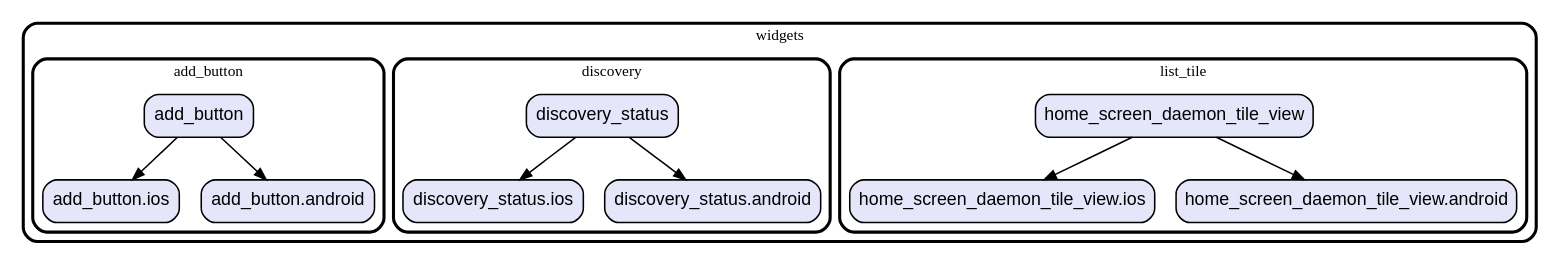
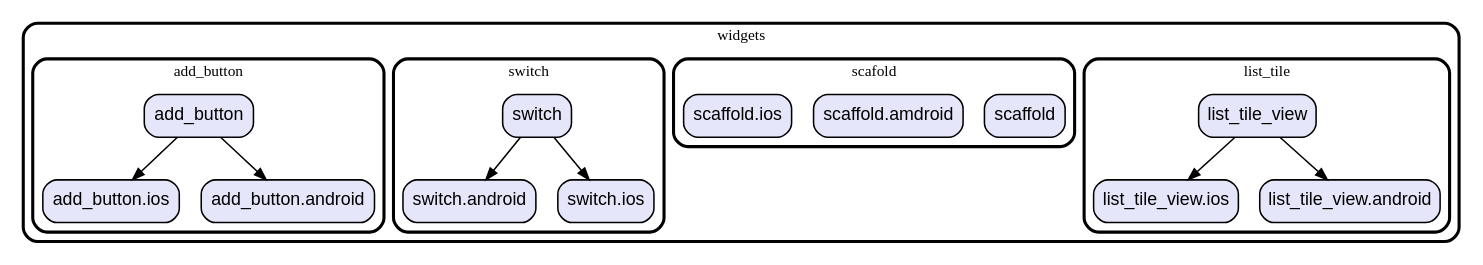
Before and after one commit to gev/reacthome-mobile: the diagram in graph/lib/ui/widgets.dot, drawn with Graphviz. The commit also changed 23 other files, not shown here.

Commit message:
update modules dependencies graph

```diff
--- a/graph/lib/ui/widgets.dot
+++ b/graph/lib/ui/widgets.dot
@@ -1,41 +1,50 @@
 digraph "" {
   graph [style=rounded fontname="Arial Black" fontsize=13 penwidth=2.6];
   node [shape=rect style="filled,rounded" fontname=Arial fontsize=15 fillcolor=Lavender penwidth=1.3];
   edge [penwidth=1.3];
-  "/list_tile/home_screen_daemon_tile_view.ios.dart" [label="home_screen_daemon_tile_view.ios"];
-  "/list_tile/home_screen_daemon_tile_view.android.dart" [label="home_screen_daemon_tile_view.android"];
-  "/list_tile/home_screen_daemon_tile_view.dart" [label="home_screen_daemon_tile_view"];
-  "/discovery/discovery_status.dart" [label="discovery_status"];
-  "/discovery/discovery_status.ios.dart" [label="discovery_status.ios"];
-  "/discovery/discovery_status.android.dart" [label="discovery_status.android"];
+  "/list_tile/list_tile_view.ios.dart" [label="list_tile_view.ios"];
+  "/list_tile/list_tile_view.android.dart" [label="list_tile_view.android"];
+  "/list_tile/list_tile_view.dart" [label="list_tile_view"];
+  "/scafold/scaffold.dart" [label="scaffold"];
+  "/scafold/scaffold.amdroid.dart" [label="scaffold.amdroid"];
+  "/scafold/scaffold.ios.dart" [label="scaffold.ios"];
+  "/switch/switch.android.dart" [label="switch.android"];
+  "/switch/switch.dart" [label="switch"];
+  "/switch/switch.ios.dart" [label="switch.ios"];
   "/add_button/add_button.dart" [label="add_button"];
   "/add_button/add_button.ios.dart" [label="add_button.ios"];
   "/add_button/add_button.android.dart" [label="add_button.android"];
   subgraph "cluster~" {
     label="widgets";
     subgraph "cluster~/list_tile" {
       label="list_tile";
-      "/list_tile/home_screen_daemon_tile_view.ios.dart";
-      "/list_tile/home_screen_daemon_tile_view.android.dart";
-      "/list_tile/home_screen_daemon_tile_view.dart";
+      "/list_tile/list_tile_view.ios.dart";
+      "/list_tile/list_tile_view.android.dart";
+      "/list_tile/list_tile_view.dart";
     }
-    subgraph "cluster~/discovery" {
-      label="discovery";
-      "/discovery/discovery_status.dart";
-      "/discovery/discovery_status.ios.dart";
-      "/discovery/discovery_status.android.dart";
+    subgraph "cluster~/scafold" {
+      label="scafold";
+      "/scafold/scaffold.dart";
+      "/scafold/scaffold.amdroid.dart";
+      "/scafold/scaffold.ios.dart";
+    }
+    subgraph "cluster~/switch" {
+      label="switch";
+      "/switch/switch.android.dart";
+      "/switch/switch.dart";
+      "/switch/switch.ios.dart";
     }
     subgraph "cluster~/add_button" {
       label="add_button";
       "/add_button/add_button.dart";
       "/add_button/add_button.ios.dart";
       "/add_button/add_button.android.dart";
     }
   }
-  "/list_tile/home_screen_daemon_tile_view.dart" -> "/list_tile/home_screen_daemon_tile_view.android.dart";
-  "/list_tile/home_screen_daemon_tile_view.dart" -> "/list_tile/home_screen_daemon_tile_view.ios.dart";
-  "/discovery/discovery_status.dart" -> "/discovery/discovery_status.android.dart";
-  "/discovery/discovery_status.dart" -> "/discovery/discovery_status.ios.dart";
+  "/list_tile/list_tile_view.dart" -> "/list_tile/list_tile_view.android.dart";
+  "/list_tile/list_tile_view.dart" -> "/list_tile/list_tile_view.ios.dart";
+  "/switch/switch.dart" -> "/switch/switch.android.dart";
+  "/switch/switch.dart" -> "/switch/switch.ios.dart";
   "/add_button/add_button.dart" -> "/add_button/add_button.android.dart";
   "/add_button/add_button.dart" -> "/add_button/add_button.ios.dart";
 }
```
